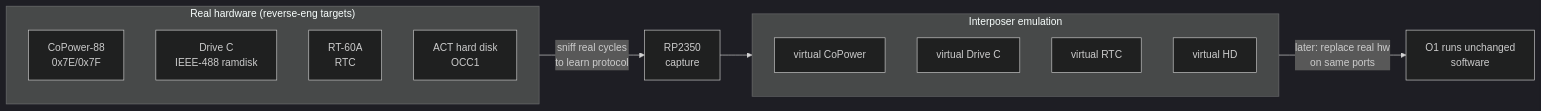
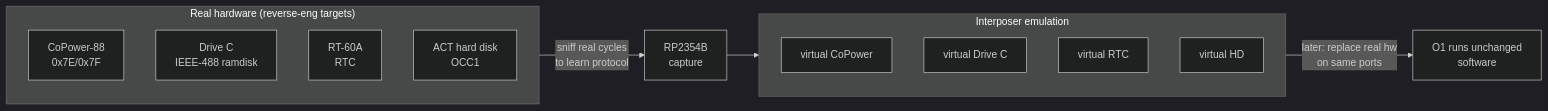
One commit to Myrcurial/o1next changed the fourth of 4 diagrams in docs/virtual-peripherals-block-diagram.md. Above: the diagram before and after it, drawn with Mermaid (dark theme). The commit also changed other lines of this file and 41 other files, not shown here.

````diff
--- a/docs/virtual-peripherals-block-diagram.md
+++ b/docs/virtual-peripherals-block-diagram.md
@@ -223,18 +223,18 @@
 ```mermaid
 flowchart LR
     subgraph REAL["Real hardware (reverse-eng targets)"]
         CP["CoPower-88<br/>0x7E/0x7F"]
         DC["Drive C<br/>IEEE-488 ramdisk"]
         RTC["RT-60A<br/>RTC"]
         ACT["ACT hard disk<br/>OCC1"]
     end
     subgraph VIRT["Interposer emulation"]
         VCP["virtual CoPower"]
         VDC["virtual Drive C"]
         VRTC["virtual RTC"]
         VACT["virtual HD"]
     end
-    REAL -->|"sniff real cycles<br/>to learn protocol"| LEARN["RP2350<br/>capture"]
+    REAL -->|"sniff real cycles<br/>to learn protocol"| LEARN["RP2354B<br/>capture"]
     LEARN --> VIRT
     VIRT -->|"later: replace real hw<br/>on same ports"| HOST["O1 runs unchanged<br/>software"]
 ```
````
